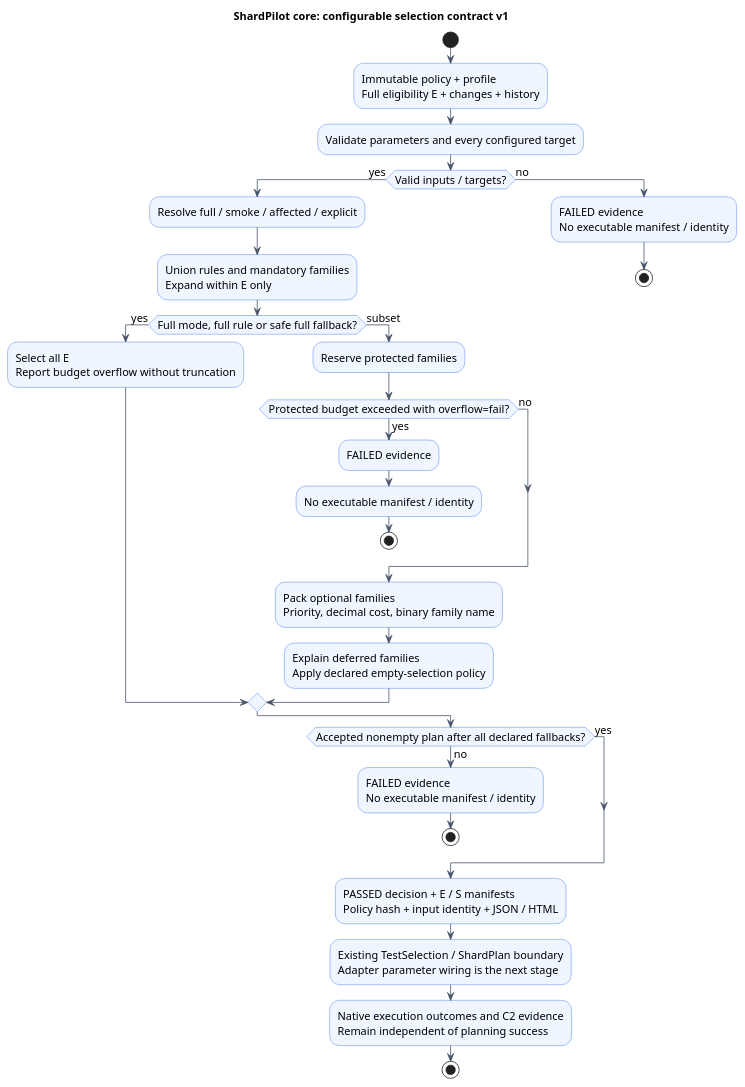
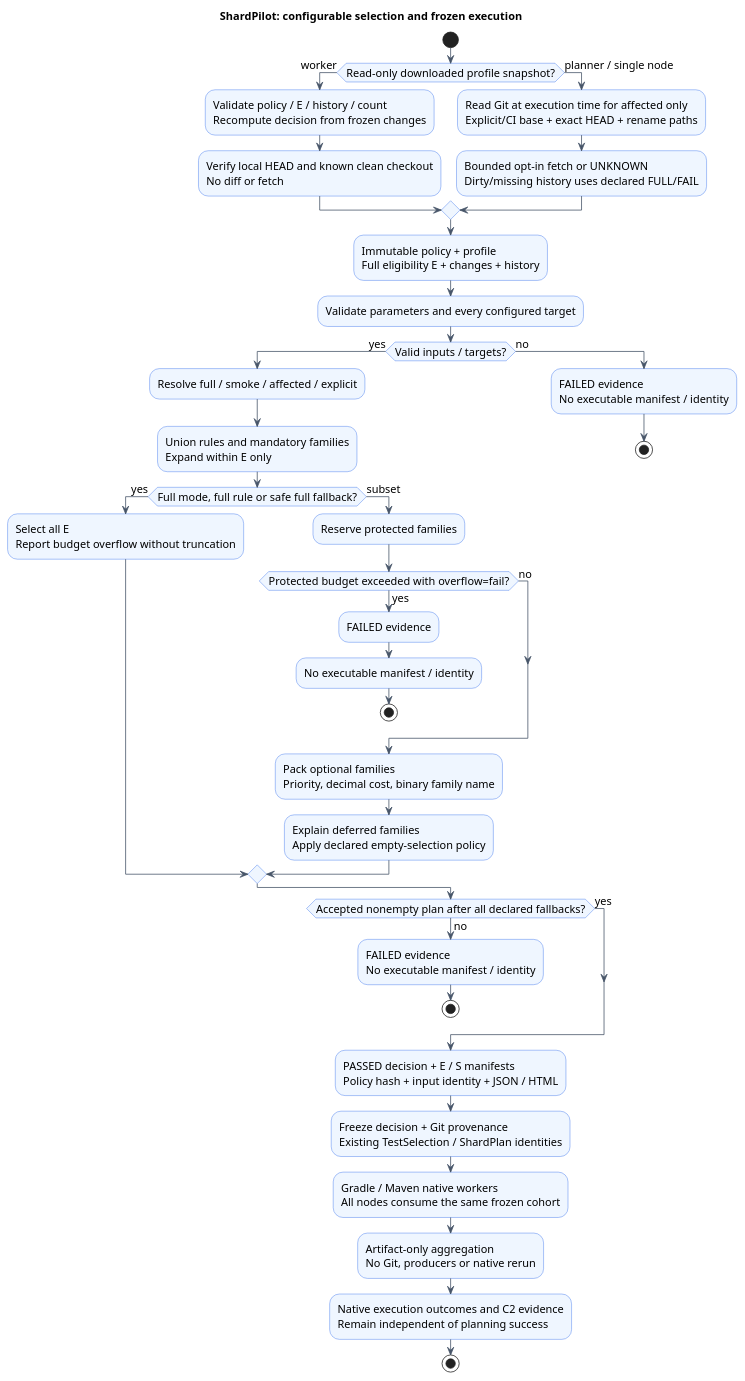
The diagram in docs/diagrams/selection-policy.puml (sjacek/shardpilot), drawn with PlantUML before and after one commit. The commit also changed 64 other files, not shown here.

First line of the commit message:
feat: add Git-aware test selection profiles for Gradle and Maven

```diff
--- a/docs/diagrams/selection-policy.puml
+++ b/docs/diagrams/selection-policy.puml
@@ -1,43 +1,59 @@
 @startuml
-title ShardPilot core: configurable selection contract v1
+title ShardPilot: configurable selection and frozen execution
 skinparam backgroundColor #FFFFFF
 skinparam shadowing false
 skinparam defaultFontName SansSerif
 skinparam defaultFontSize 14
 skinparam activityBackgroundColor #EFF6FF
 skinparam activityBorderColor #2563EB
 skinparam ArrowColor #475569
 
 start
+if (Read-only downloaded profile snapshot?) then (worker)
+  :Validate policy / E / history / count
+Recompute decision from frozen changes;
+  :Verify local HEAD and known clean checkout
+No diff or fetch;
+else (planner / single node)
+  :Read Git at execution time for affected only
+Explicit/CI base + exact HEAD + rename paths;
+  :Bounded opt-in fetch or UNKNOWN
+Dirty/missing history uses declared FULL/FAIL;
+endif
 :Immutable policy + profile\nFull eligibility E + changes + history;
 :Validate parameters and every configured target;
 if (Valid inputs / targets?) then (yes)
   :Resolve full / smoke / affected / explicit;
   :Union rules and mandatory families\nExpand within E only;
   if (Full mode, full rule or safe full fallback?) then (yes)
     :Select all E\nReport budget overflow without truncation;
   else (subset)
     :Reserve protected families;
     if (Protected budget exceeded with overflow=fail?) then (yes)
       :FAILED evidence;
       :No executable manifest / identity;
       stop
     else (no)
     endif
     :Pack optional families\nPriority, decimal cost, binary family name;
     :Explain deferred families\nApply declared empty-selection policy;
   endif
 else (no)
   :FAILED evidence\nNo executable manifest / identity;
   stop
 endif
 if (Accepted nonempty plan after all declared fallbacks?) then (yes)
 else (no)
   :FAILED evidence\nNo executable manifest / identity;
   stop
 endif
 :PASSED decision + E / S manifests\nPolicy hash + input identity + JSON / HTML;
-:Existing TestSelection / ShardPlan boundary\nAdapter parameter wiring is the next stage;
+:Freeze decision + Git provenance
+Existing TestSelection / ShardPlan identities;
+:Gradle / Maven native workers
+All nodes consume the same frozen cohort;
+:Artifact-only aggregation
+No Git, producers or native rerun;
 :Native execution outcomes and C2 evidence\nRemain independent of planning success;
 stop
 @enduml
```
